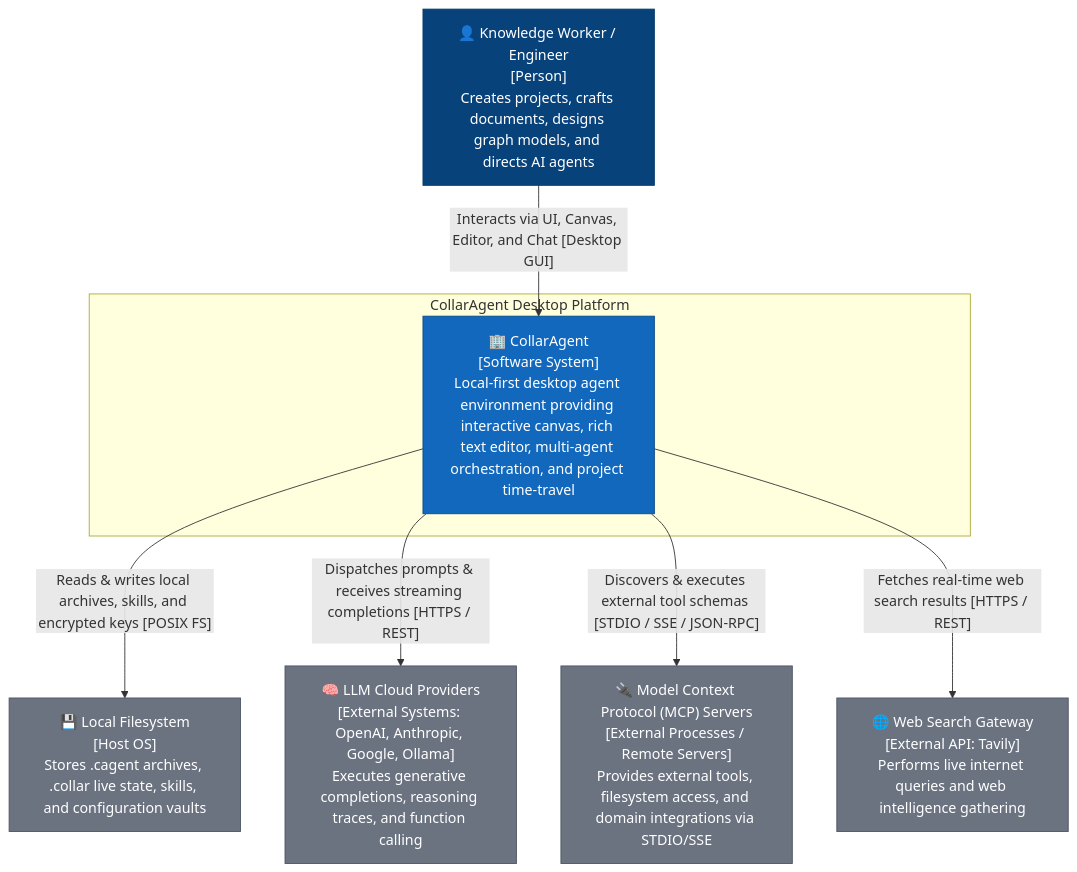
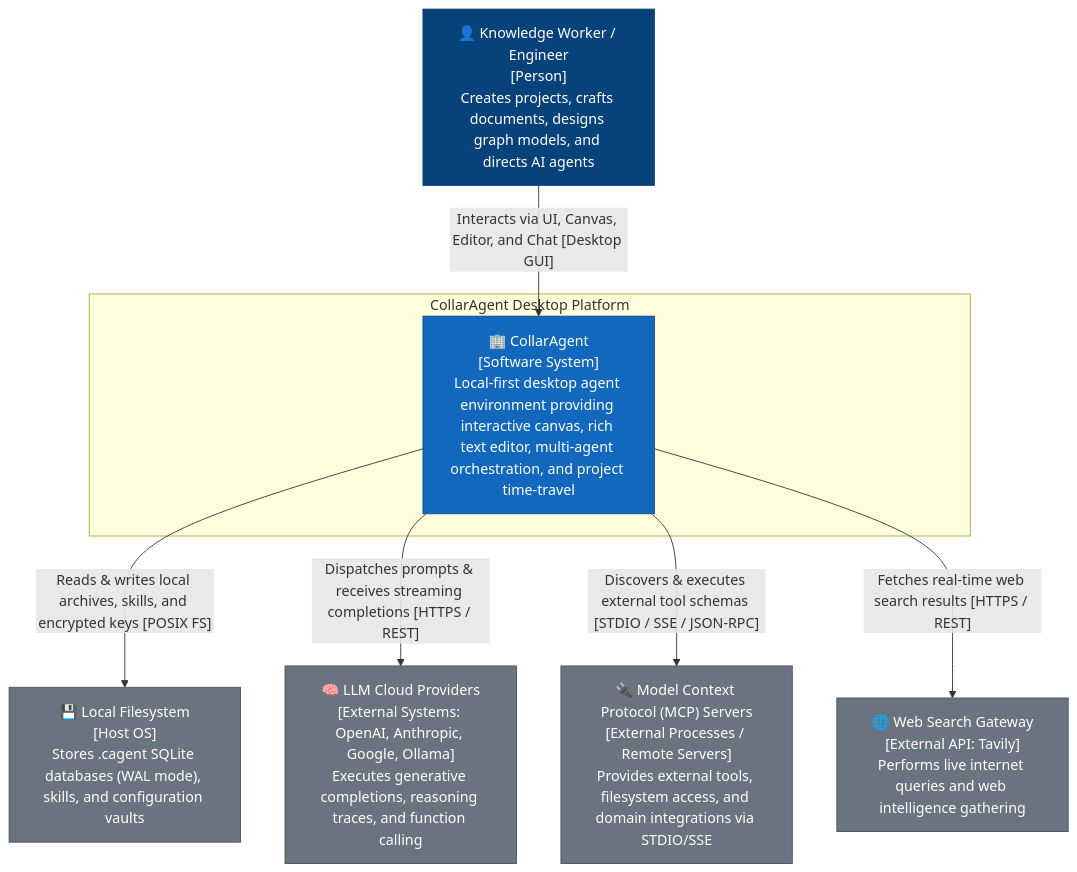
One commit to Goldwaterfung/Collaragent changed the first of 17 diagrams in docs/design-catalog/README.md. Above: the diagram before and after it, drawn with Mermaid. The commit also changed other lines of this file and 90 other files, not shown here.

````diff
--- a/docs/design-catalog/README.md
+++ b/docs/design-catalog/README.md
@@ -71,25 +72,25 @@
 ```mermaid
 flowchart TB
     %% C1 System Context Styling
     classDef person fill:#08427b,stroke:#073b6f,color:#fff;
     classDef system fill:#1168bd,stroke:#0b4884,color:#fff;
     classDef external fill:#6b7280,stroke:#4b5563,color:#fff;
     classDef boundary fill:none,stroke:#94a3b8,stroke-width:2px,stroke-dasharray: 5 5;
 
     User["👤 Knowledge Worker / Engineer<br/>[Person]<br/>Creates projects, crafts documents, designs graph models, and directs AI agents"]:::person
 
     subgraph SystemBoundary ["CollarAgent Desktop Platform"]
         CollarAgentApp["🏢 CollarAgent<br/>[Software System]<br/>Local-first desktop agent environment providing interactive canvas, rich text editor, multi-agent orchestration, and project time-travel"]:::system
     end
 
-    LocalFS["💾 Local Filesystem<br/>[Host OS]<br/>Stores .cagent archives, .collar live state, skills, and configuration vaults"]:::external
+    LocalFS["💾 Local Filesystem<br/>[Host OS]<br/>Stores .cagent SQLite databases (WAL mode), skills, and configuration vaults"]:::external
     LLMProviders["🧠 LLM Cloud Providers<br/>[External Systems: OpenAI, Anthropic, Google, Ollama]<br/>Executes generative completions, reasoning traces, and function calling"]:::external
     MCPServers["🔌 Model Context Protocol (MCP) Servers<br/>[External Processes / Remote Servers]<br/>Provides external tools, filesystem access, and domain integrations via STDIO/SSE"]:::external
     SearchGateway["🌐 Web Search Gateway<br/>[External API: Tavily]<br/>Performs live internet queries and web intelligence gathering"]:::external
 
     User -->|"Interacts via UI, Canvas, Editor, and Chat [Desktop GUI]"| CollarAgentApp
     CollarAgentApp -->|"Reads & writes local archives, skills, and encrypted keys [POSIX FS]"| LocalFS
     CollarAgentApp -->|"Dispatches prompts & receives streaming completions [HTTPS / REST]"| LLMProviders
     CollarAgentApp -->|"Discovers & executes external tool schemas [STDIO / SSE / JSON-RPC]"| MCPServers
     CollarAgentApp -->|"Fetches real-time web search results [HTTPS / REST]"| SearchGateway
 ```
````
